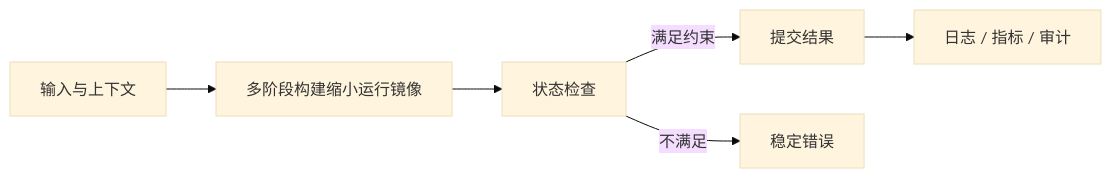
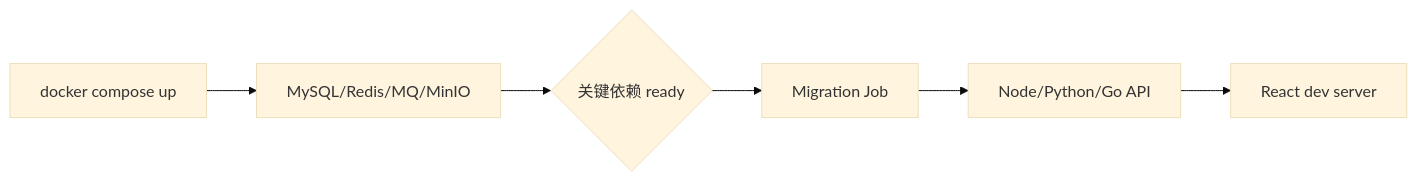
One commit to upJiang/jiang-blog-vitepress changed the diagram in docs/backend/dockerfile-compose-mysql-stack.md. Above: the diagram before and after it, drawn with Mermaid (base theme). The commit also changed other lines of this file and 341 other files, not shown here.

````diff
--- a/docs/backend/dockerfile-compose-mysql-stack.md
+++ b/docs/backend/dockerfile-compose-mysql-stack.md
@@ -34,8 +103,8 @@
 ```mermaid
 flowchart LR
-  A[输入与上下文] --> B[多阶段构建缩小运行镜像]
-  B --> C[状态检查]
-  C -->|满足约束| D[提交结果]
-  C -->|不满足| E[稳定错误]
-  D --> F[日志 / 指标 / 审计]
+  UP[docker compose up] --> INFRA[MySQL/Redis/MQ/MinIO]
+  INFRA --> HEALTH{关键依赖 ready}
+  HEALTH --> MIGRATE[Migration Job]
+  MIGRATE --> API[Node/Python/Go API]
+  API --> REACT[React dev server]
 ```
````
